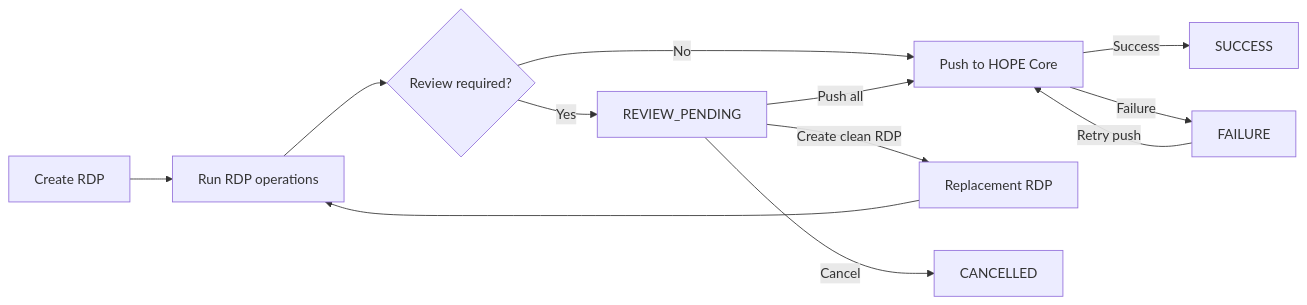
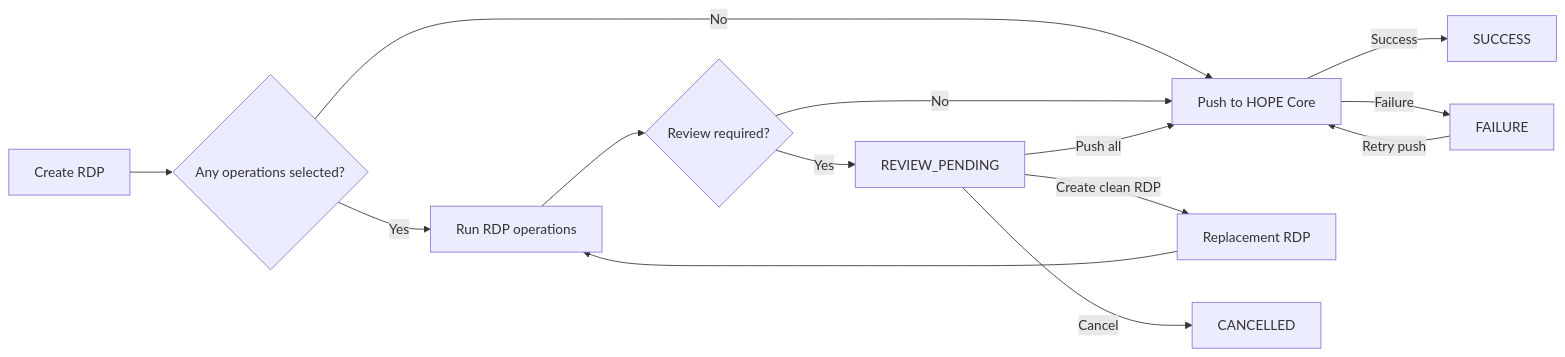
The diagram in docs/src/rdp/index.md (unicef/hope-country-workspace), drawn with Mermaid before and after one commit. The commit also changed other lines of this file and 20 other files, not shown here.

````diff
--- a/docs/src/rdp/index.md
+++ b/docs/src/rdp/index.md
@@ -9,14 +9,16 @@
 ```mermaid
 flowchart LR
-    A[Create RDP] --> B[Run RDP operations]
+    A[Create RDP] --> J{Any operations selected?}
+    J -->|Yes| B[Run RDP operations]
+    J -->|No| D[Push to HOPE Core]
     B --> C{Review required?}
     C -->|No| D[Push to HOPE Core]
     C -->|Yes| E[REVIEW_PENDING]
     E -->|Push all| D
     E -->|Create clean RDP| F[Replacement RDP]
     F --> B
     E -->|Cancel| G[CANCELLED]
     D -->|Success| H[SUCCESS]
     D -->|Failure| I[FAILURE]
     I -->|Retry push| D
 ```
````
